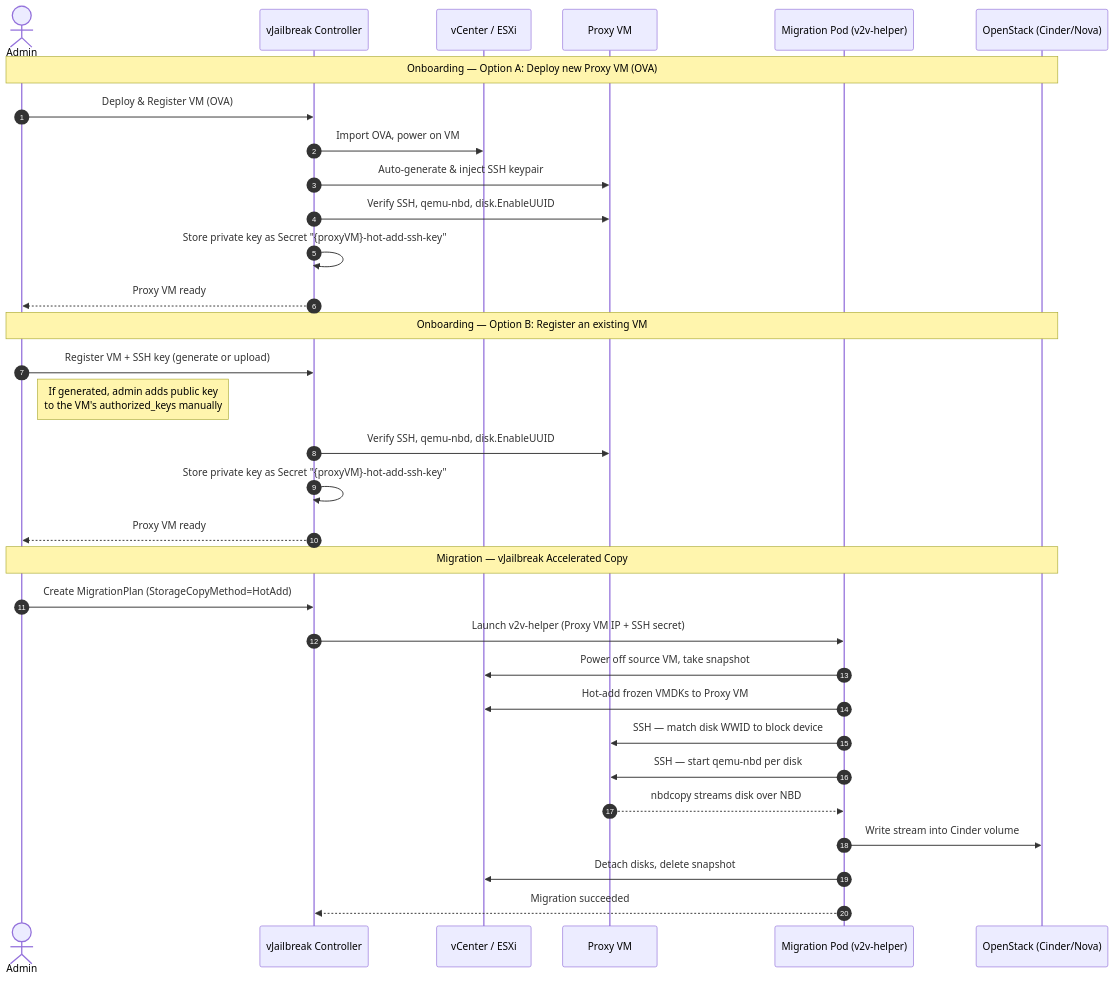
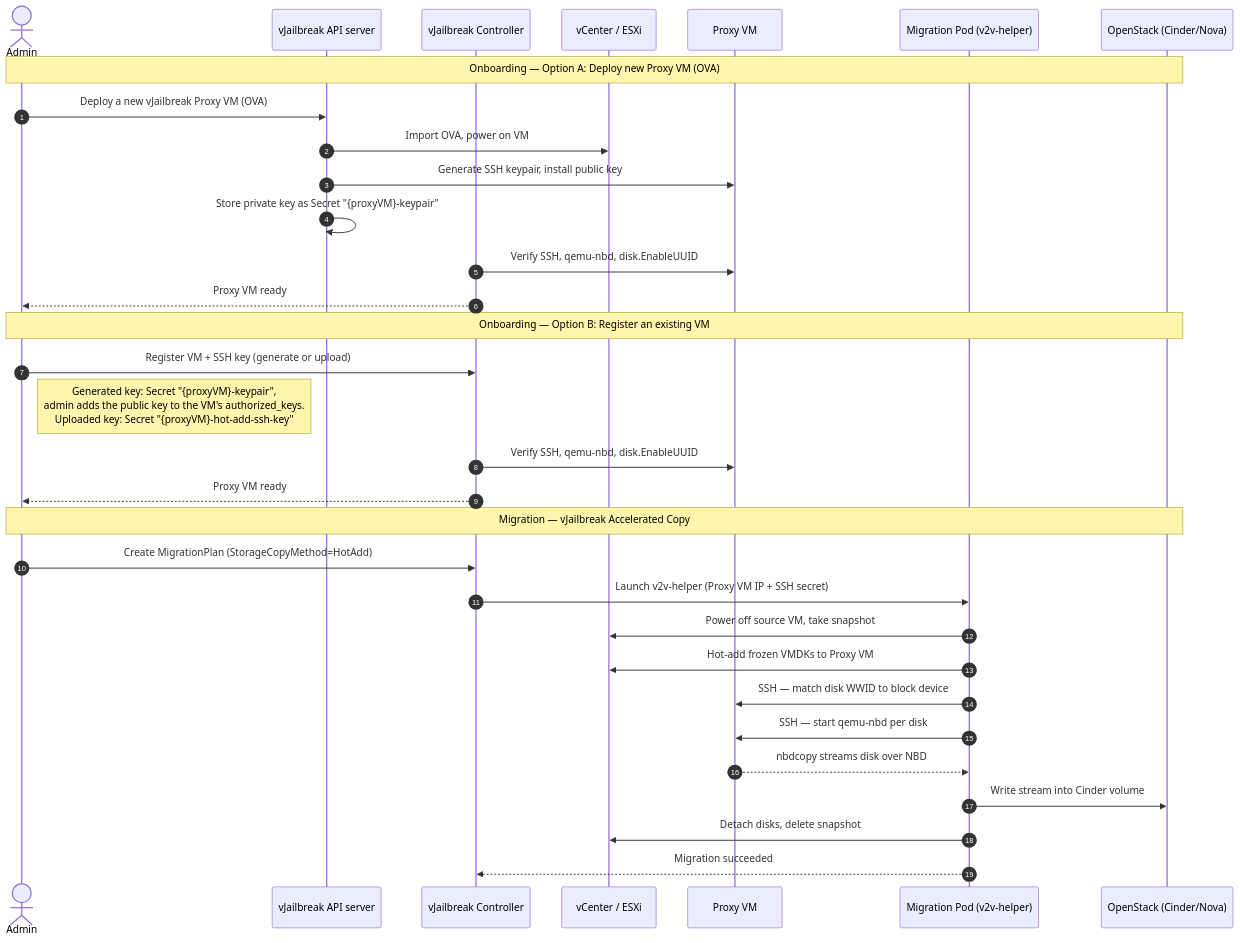
Before and after one commit to platform9/vjailbreak: the second of 2 diagrams in docs/src/content/docs/concepts/vjailbreak-accelerated-copy.md, drawn with Mermaid. The commit also changed other lines of this file and 307 other files, not shown here.

````diff
--- a/docs/src/content/docs/concepts/vjailbreak-accelerated-copy.md
+++ b/docs/src/content/docs/concepts/vjailbreak-accelerated-copy.md
@@ -349,37 +355,37 @@
 ```mermaid
 sequenceDiagram
     autonumber
     actor Admin
+    participant API as vJailbreak API server
     participant Ctrl as vJailbreak Controller
     participant vC as vCenter / ESXi
     participant Proxy as Proxy VM
     participant Pod as Migration Pod (v2v-helper)
     participant OS as OpenStack (Cinder/Nova)
 
     Note over Admin,OS: Onboarding — Option A: Deploy new Proxy VM (OVA)
-    Admin->>Ctrl: Deploy & Register VM (OVA)
-    Ctrl->>vC: Import OVA, power on VM
-    Ctrl->>Proxy: Auto-generate & inject SSH keypair
+    Admin->>API: Deploy a new vJailbreak Proxy VM (OVA)
+    API->>vC: Import OVA, power on VM
+    API->>Proxy: Generate SSH keypair, install public key
+    API->>API: Store private key as Secret "{proxyVM}-keypair"
     Ctrl->>Proxy: Verify SSH, qemu-nbd, disk.EnableUUID
-    Ctrl->>Ctrl: Store private key as Secret "{proxyVM}-hot-add-ssh-key"
     Ctrl-->>Admin: Proxy VM ready
 
     Note over Admin,OS: Onboarding — Option B: Register an existing VM
     Admin->>Ctrl: Register VM + SSH key (generate or upload)
-    Note right of Admin: If generated, admin adds public key<br/>to the VM's authorized_keys manually
+    Note right of Admin: Generated key: Secret "{proxyVM}-keypair",<br/>admin adds the public key to the VM's authorized_keys.<br/>Uploaded key: Secret "{proxyVM}-hot-add-ssh-key"
     Ctrl->>Proxy: Verify SSH, qemu-nbd, disk.EnableUUID
-    Ctrl->>Ctrl: Store private key as Secret "{proxyVM}-hot-add-ssh-key"
     Ctrl-->>Admin: Proxy VM ready
 
     Note over Admin,OS: Migration — vJailbreak Accelerated Copy
     Admin->>Ctrl: Create MigrationPlan (StorageCopyMethod=HotAdd)
     Ctrl->>Pod: Launch v2v-helper (Proxy VM IP + SSH secret)
     Pod->>vC: Power off source VM, take snapshot
     Pod->>vC: Hot-add frozen VMDKs to Proxy VM
     Pod->>Proxy: SSH — match disk WWID to block device
     Pod->>Proxy: SSH — start qemu-nbd per disk
     Proxy-->>Pod: nbdcopy streams disk over NBD
     Pod->>OS: Write stream into Cinder volume
     Pod->>vC: Detach disks, delete snapshot
     Pod-->>Ctrl: Migration succeeded
 ```
````
